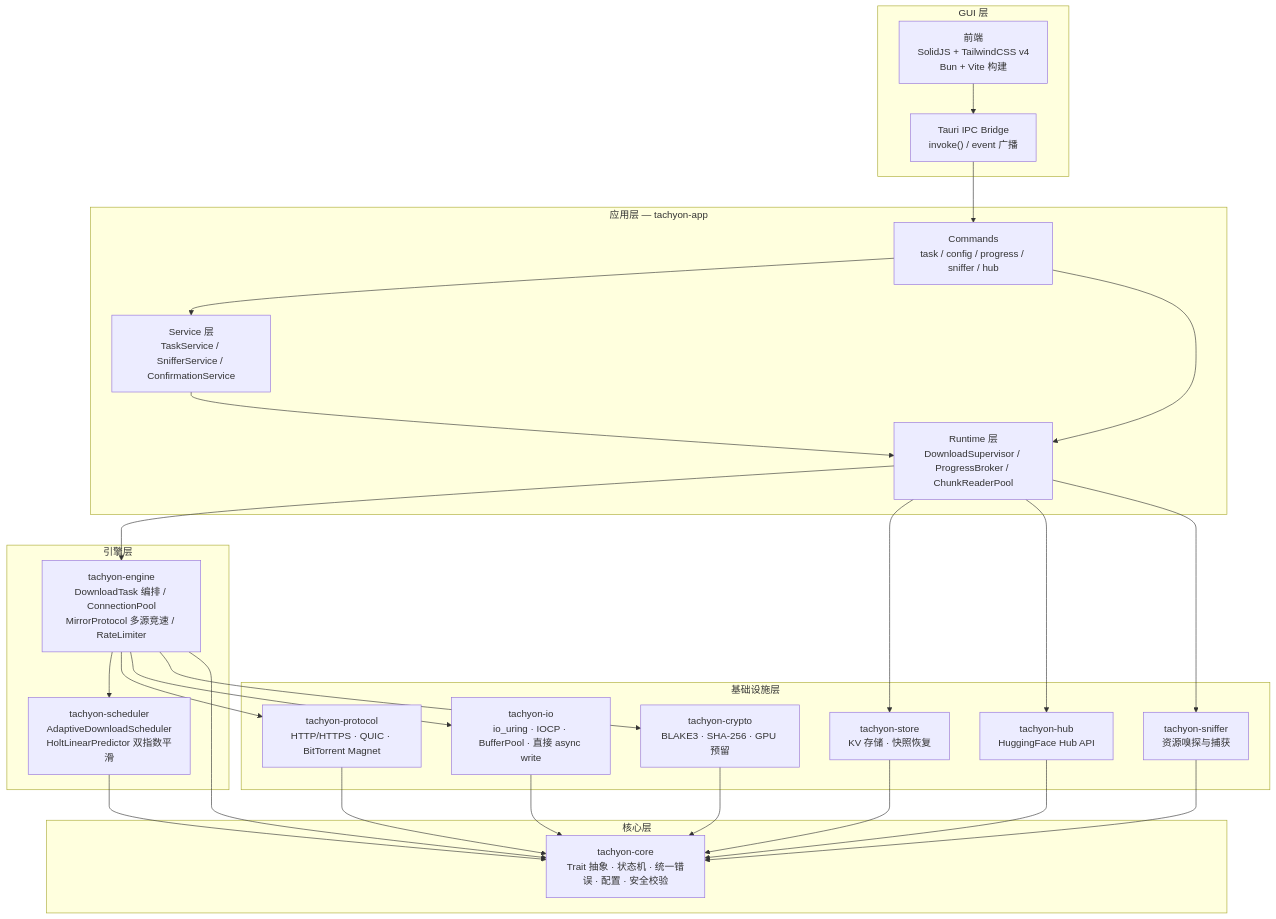
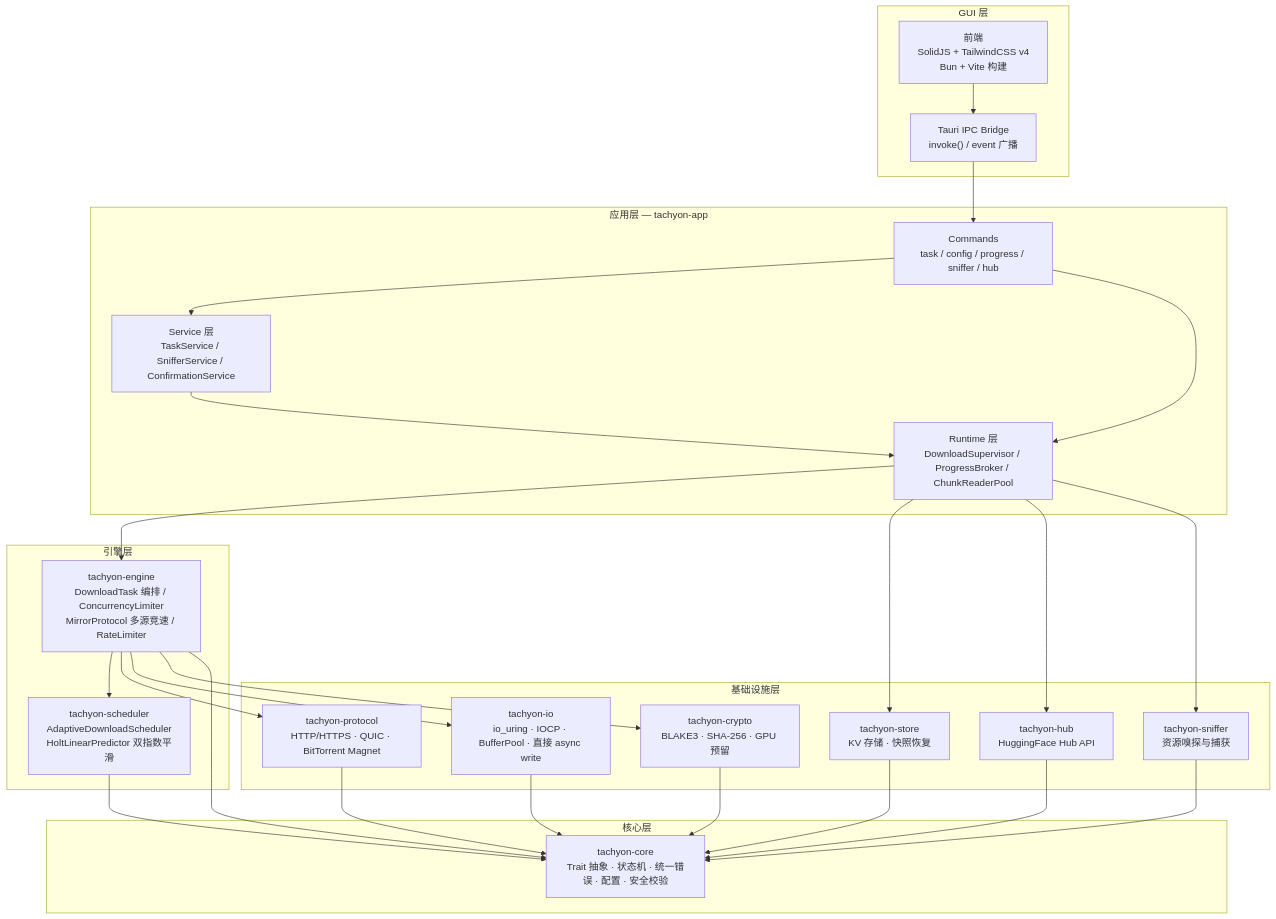
The first of 7 diagrams in docs/architecture.md (baiye2941/Tachyon), drawn with Mermaid before and after one commit. The commit also changed other lines of this file and 101 other files, not shown here.

````diff
--- a/docs/architecture.md
+++ b/docs/architecture.md
@@ -34,52 +34,52 @@
 ```mermaid
 graph TB
     subgraph GUI["GUI 层"]
         FE["前端<br/>SolidJS + TailwindCSS v4<br/>Bun + Vite 构建"]
         IPC["Tauri IPC Bridge<br/>invoke() / event 广播"]
     end
 
     subgraph APP["应用层 — tachyon-app"]
         CMDS["Commands<br/>task / config / progress / sniffer / hub"]
         SVC["Service 层<br/>TaskService / SnifferService / ConfirmationService"]
         RT["Runtime 层<br/>DownloadSupervisor / ProgressBroker / ChunkReaderPool"]
     end
 
     subgraph ENGINE["引擎层"]
-        ENG["tachyon-engine<br/>DownloadTask 编排 / ConnectionPool<br/>MirrorProtocol 多源竞速 / RateLimiter"]
+        ENG["tachyon-engine<br/>DownloadTask 编排 / ConcurrencyLimiter<br/>MirrorProtocol 多源竞速 / RateLimiter"]
         SCH["tachyon-scheduler<br/>AdaptiveDownloadScheduler<br/>HoltLinearPredictor 双指数平滑"]
     end
 
     subgraph INFRA["基础设施层"]
         PROTO["tachyon-protocol<br/>HTTP/HTTPS · QUIC · BitTorrent Magnet"]
         IO["tachyon-io<br/>io_uring · IOCP · BufferPool · 直接 async write"]
         CRYPT["tachyon-crypto<br/>BLAKE3 · SHA-256 · GPU 预留"]
         STORE["tachyon-store<br/>KV 存储 · 快照恢复"]
         HUB["tachyon-hub<br/>HuggingFace Hub API"]
         SNIFF["tachyon-sniffer<br/>资源嗅探与捕获"]
     end
 
     subgraph CORE["核心层"]
         CORELIB["tachyon-core<br/>Trait 抽象 · 状态机 · 统一错误 · 配置 · 安全校验"]
     end
 
     FE --> IPC --> CMDS
     CMDS --> SVC
     CMDS --> RT
     SVC --> RT
     RT --> ENG
     ENG --> SCH
     ENG --> PROTO
     ENG --> IO
     ENG --> CRYPT
     RT --> STORE
     RT --> HUB
     RT --> SNIFF
     PROTO --> CORELIB
     IO --> CORELIB
     CRYPT --> CORELIB
     STORE --> CORELIB
     HUB --> CORELIB
     SNIFF --> CORELIB
     SCH --> CORELIB
     ENG --> CORELIB
 ```
````
